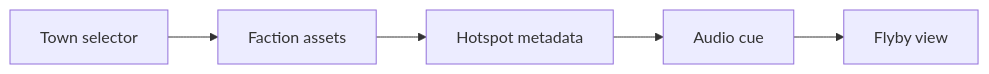
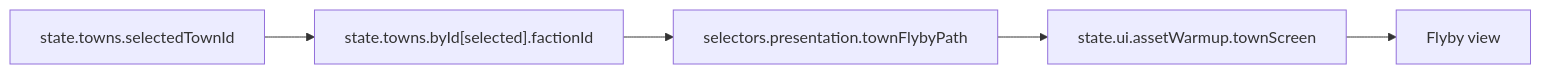
One commit to SunaNoOshiro/Heroes_Reforged_AI_Realms changed the second of 5 diagrams in docs/architecture/wiki/screens/35-town-flyby/architecture.md. Above: the diagram before and after it, drawn with Mermaid. The commit also changed other lines of this file and 518 other files, not shown here.

First line of the commit message:
Add doc-audit skill and sweep architecture/screen docs

````diff
--- a/docs/architecture/wiki/screens/35-town-flyby/architecture.md
+++ b/docs/architecture/wiki/screens/35-town-flyby/architecture.md
@@ -30,8 +42,8 @@
 ```mermaid
 flowchart LR
-  L0["Town selector"] --> L1
-  L1["Faction assets"] --> L2
-  L2["Hotspot metadata"] --> L3
-  L3["Audio cue"] --> L4
+  L0["state.towns.selectedTownId"] --> L1
+  L1["state.towns.byId[selected].factionId"] --> L2
+  L2["selectors.presentation.townFlybyPath"] --> L3
+  L3["state.ui.assetWarmup.townScreen"] --> L4
   L4["Flyby view"]
 ```
````
